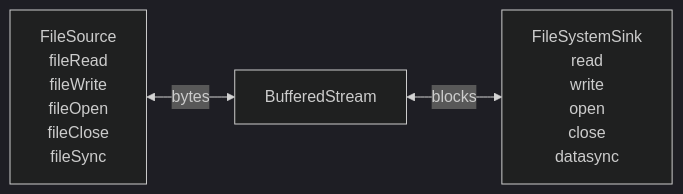
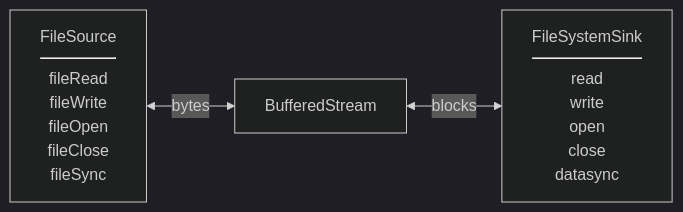
The first of 5 diagrams in README.md (precision-software/TempFiles), drawn with Mermaid (dark theme) before and after one commit. The commit also changed other lines of this file and 13 other files, not shown here.

````diff
--- a/README.md
+++ b/README.md
@@ -5,6 +6,6 @@
 ```mermaid
 flowchart LR
-    source[FileSource<br>fileRead <br> fileWrite <br> fileOpen <br> fileClose <br> fileSync]
+    source[FileSource<hr>fileRead<br>fileWrite <br> fileOpen <br> fileClose <br> fileSync]
        <-- bytes --> BufferedStream <-- blocks -->
-    sink[FileSystemSink <br> read <br> write <br> open <br> close <br> datasync]
+    sink[FileSystemSink <hr> read <br> write <br> open <br> close <br> datasync]
 ```
````
